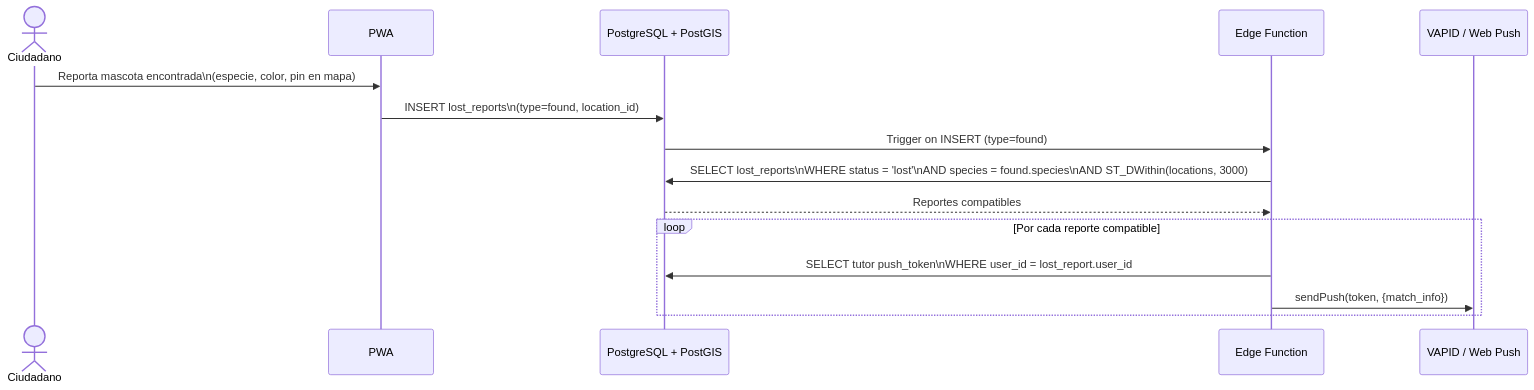
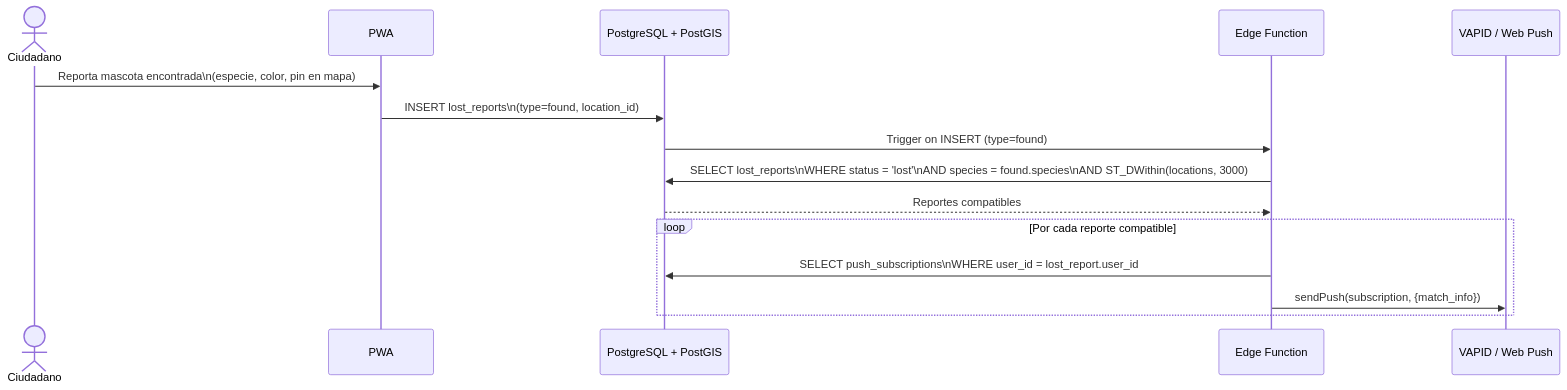
Before and after one commit to NachoGonzalezParks/Appatitas: diagram 14 of 22 in docs/system-architecture.md, drawn with Mermaid. The commit also changed other lines of this file and 21 other files, not shown here.

````diff
--- a/docs/system-architecture.md
+++ b/docs/system-architecture.md
@@ -526,20 +573,20 @@
 ```mermaid
 sequenceDiagram
     actor C as Ciudadano
     participant PWA
     participant DB as PostgreSQL + PostGIS
     participant EF as Edge Function
     participant VP as VAPID / Web Push
 
     C->>PWA: Reporta mascota encontrada\n(especie, color, pin en mapa)
     PWA->>DB: INSERT lost_reports\n(type=found, location_id)
     DB->>EF: Trigger on INSERT (type=found)
 
     EF->>DB: SELECT lost_reports\nWHERE status = 'lost'\nAND species = found.species\nAND ST_DWithin(locations, 3000)
     DB-->>EF: Reportes compatibles
 
     loop Por cada reporte compatible
-        EF->>DB: SELECT tutor push_token\nWHERE user_id = lost_report.user_id
-        EF->>VP: sendPush(token, {match_info})
+        EF->>DB: SELECT push_subscriptions\nWHERE user_id = lost_report.user_id
+        EF->>VP: sendPush(subscription, {match_info})
     end
 ```
````
